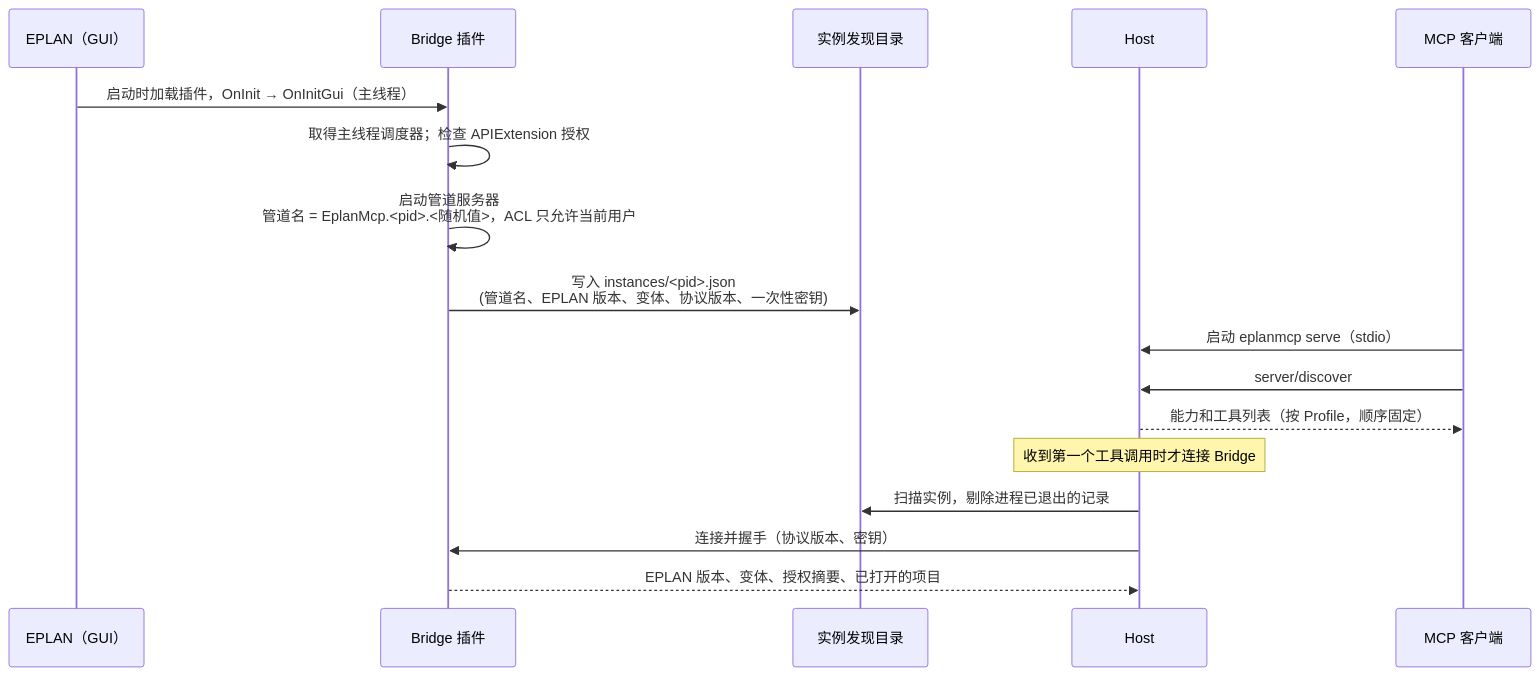
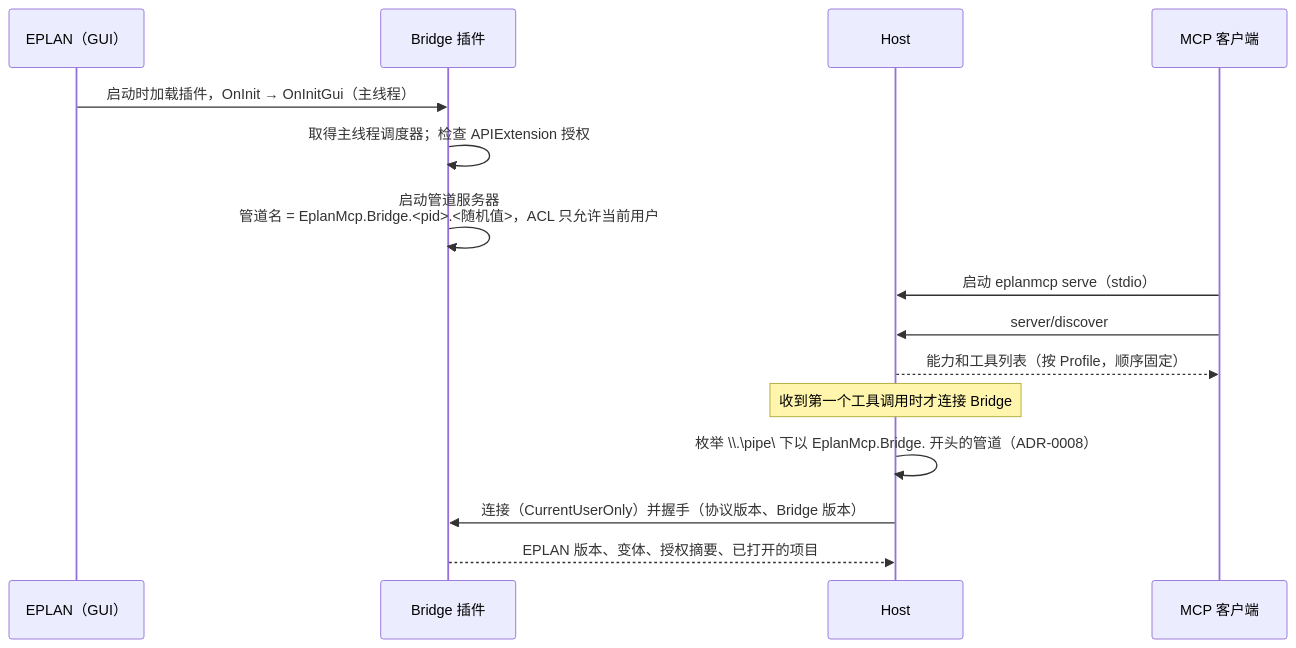
The fourth of 6 diagrams in docs/architecture/architecture.md (asckye/eplan-mcp), drawn with Mermaid before and after one commit. The commit also changed other lines of this file and 8 other files, not shown here.

````diff
--- a/docs/architecture/architecture.md
+++ b/docs/architecture/architecture.md
@@ -221,19 +221,17 @@
 ```mermaid
 sequenceDiagram
     participant E as EPLAN（GUI）
     participant B as Bridge 插件
-    participant F as 实例发现目录
     participant H as Host
     participant C as MCP 客户端
     E->>B: 启动时加载插件，OnInit → OnInitGui（主线程）
     B->>B: 取得主线程调度器；检查 APIExtension 授权
-    B->>B: 启动管道服务器<br/>管道名 = EplanMcp.<pid>.<随机值>，ACL 只允许当前用户
-    B->>F: 写入 instances/<pid>.json<br/>(管道名、EPLAN 版本、变体、协议版本、一次性密钥)
+    B->>B: 启动管道服务器<br/>管道名 = EplanMcp.Bridge.<pid>.<随机值>，ACL 只允许当前用户
     C->>H: 启动 eplanmcp serve（stdio）
     C->>H: server/discover
     H-->>C: 能力和工具列表（按 Profile，顺序固定）
     Note over H: 收到第一个工具调用时才连接 Bridge
-    H->>F: 扫描实例，剔除进程已退出的记录
-    H->>B: 连接并握手（协议版本、密钥）
+    H->>H: 枚举 \\.\pipe\ 下以 EplanMcp.Bridge. 开头的管道（ADR-0008）
+    H->>B: 连接（CurrentUserOnly）并握手（协议版本、Bridge 版本）
     B-->>H: EPLAN 版本、变体、授权摘要、已打开的项目
 ```
````
